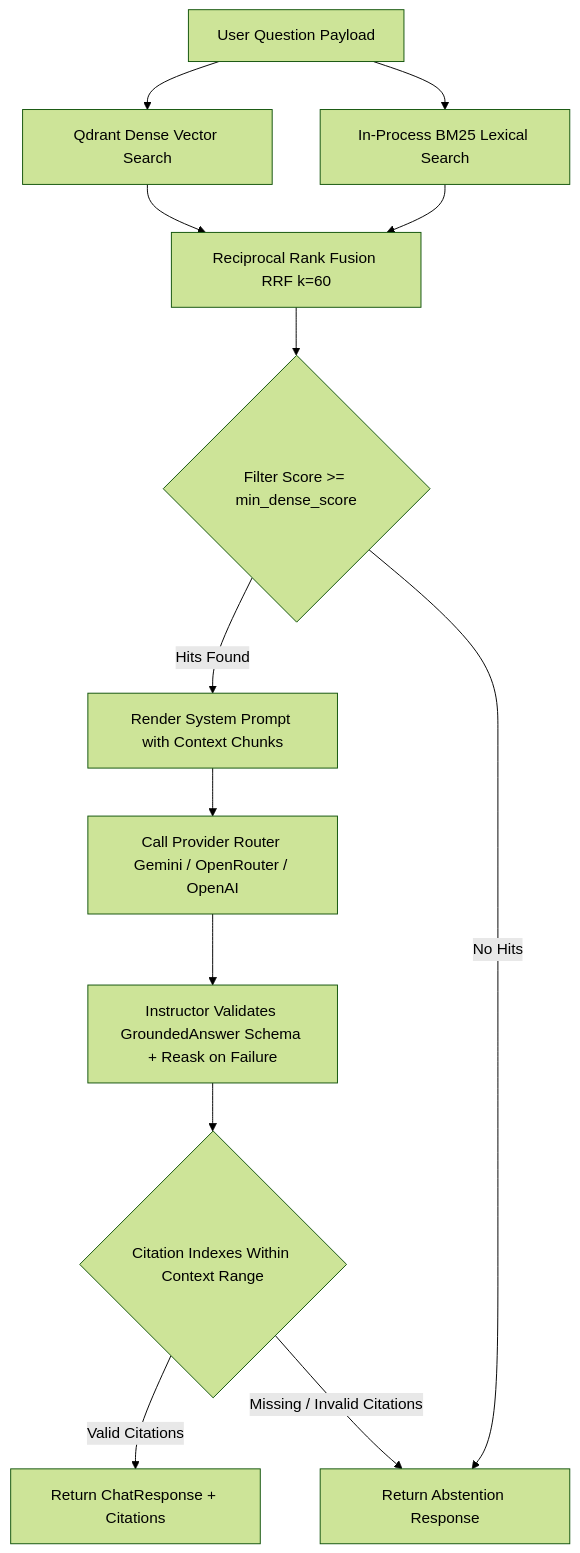
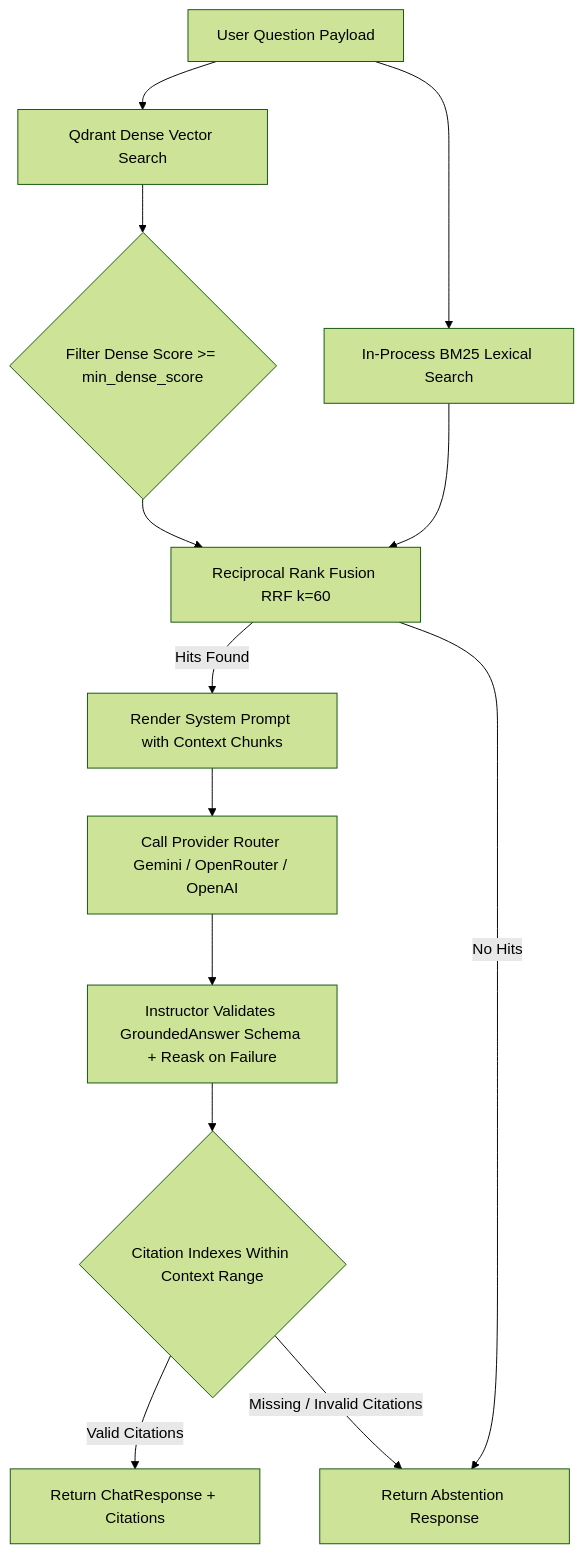
Before and after one commit to tunganhnguyen0210/Company-knowledge-RAG: the diagram in docs/architectures/04-retrieval-generation-and-citations.md, drawn with Mermaid (forest theme). The commit also changed other lines of this file and 24 other files, not shown here.

````diff
--- a/docs/architectures/04-retrieval-generation-and-citations.md
+++ b/docs/architectures/04-retrieval-generation-and-citations.md
@@ -13,19 +13,19 @@
 ```mermaid
 flowchart TD
     Query[User Question Payload] --> Dense[Qdrant Dense Vector Search]
     Query --> Lexical[In-Process BM25 Lexical Search]
 
-    Dense --> RRF[Reciprocal Rank Fusion RRF k=60]
+    Dense --> MinScore{Filter Dense Score >= min_dense_score}
+    MinScore --> RRF[Reciprocal Rank Fusion RRF k=60]
     Lexical --> RRF
 
-    RRF --> MinScore{Filter Score >= min_dense_score}
-    MinScore -->|Hits Found| Prompt[Render System Prompt with Context Chunks]
-    MinScore -->|No Hits| Abstain[Return Abstention Response]
+    RRF -->|Hits Found| Prompt[Render System Prompt with Context Chunks]
+    RRF -->|No Hits| Abstain[Return Abstention Response]
 
     Prompt --> LLM[Call Provider Router Gemini / OpenRouter / OpenAI]
     LLM --> Structured[Instructor Validates GroundedAnswer Schema + Reask on Failure]
     Structured --> CitationCheck{Citation Indexes Within Context Range}
 
     CitationCheck -->|Valid Citations| Output[Return ChatResponse + Citations]
     CitationCheck -->|Missing / Invalid Citations| Abstain
 ```
````
